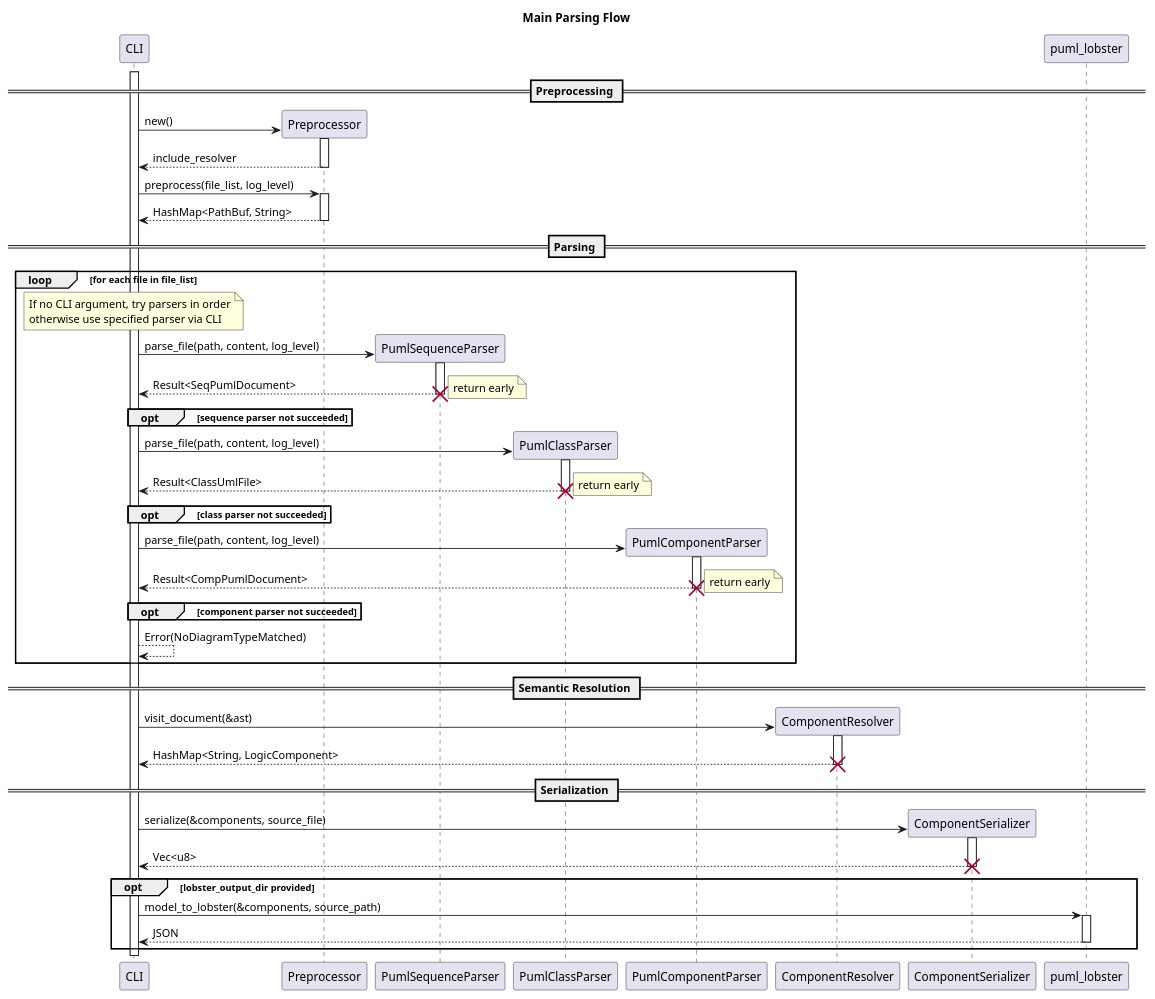
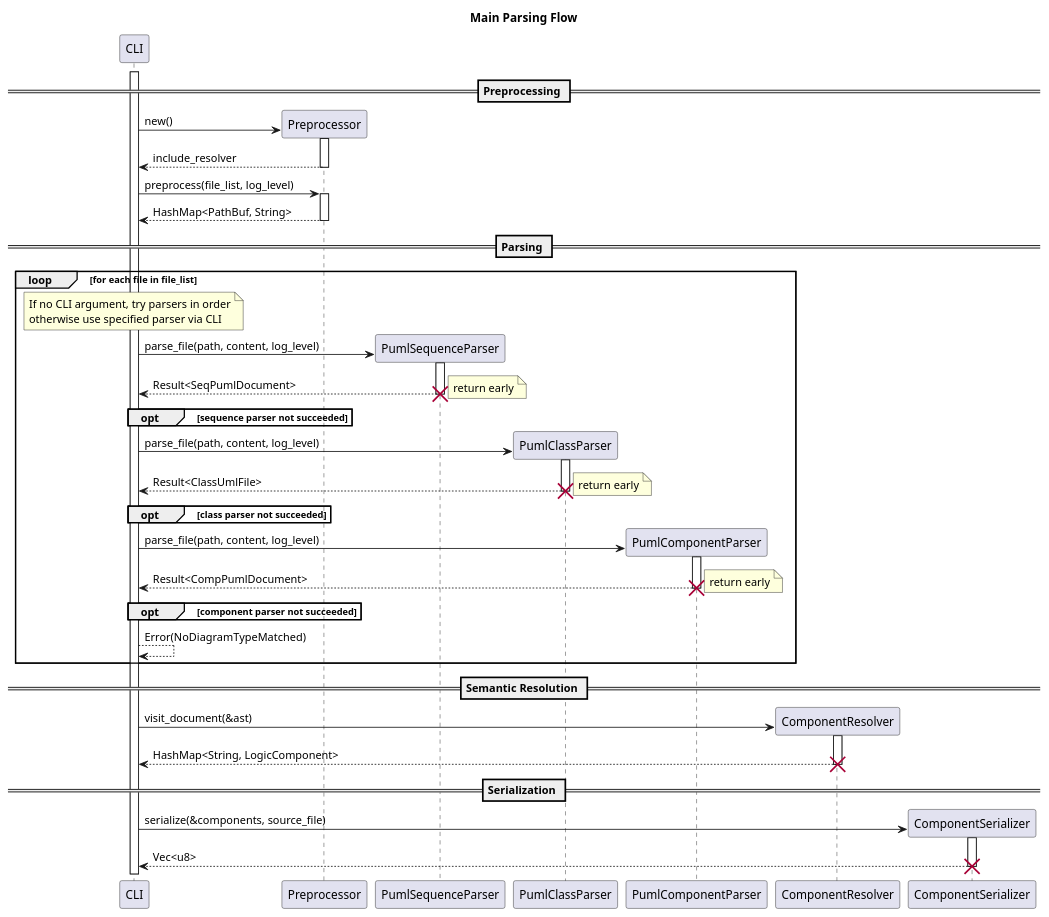
The diagram in plantuml/parser/docs/assets/puml_parser.puml (eclipse-score/tooling), drawn with PlantUML before and after one commit. The commit also changed 69 other files, not shown here.

```diff
--- a/plantuml/parser/docs/assets/puml_parser.puml
+++ b/plantuml/parser/docs/assets/puml_parser.puml
@@ -14,84 +14,76 @@
 @startuml
 title Main Parsing Flow
 
 participant "CLI" as Cli
 participant "Preprocessor" as include
 participant "PumlSequenceParser" as seq
 participant "PumlClassParser" as class
 participant "PumlComponentParser" as component
 participant "ComponentResolver" as resolver
 participant "ComponentSerializer" as serializer
-participant "puml_lobster" as lobster
 
 activate Cli
 
 == Preprocessing ==
 
 Cli -> include **: new()
 activate include
 return include_resolver
 
 Cli -> include ++: preprocess(file_list, log_level)
 return HashMap<PathBuf, String>
 
 == Parsing ==
 
 loop for each file in file_list
     note over Cli: If no CLI argument, try parsers in order\notherwise use specified parser via CLI
 
     Cli -> seq **: parse_file(path, content, log_level)
     activate seq
     seq --> Cli: Result<SeqPumlDocument>
     deactivate seq
     destroy seq
 
     opt sequence parser not succeeded
         note right: return early
     end
 
     Cli -> class **: parse_file(path, content, log_level)
     activate class
     class --> Cli: Result<ClassUmlFile>
     deactivate class
     destroy class
 
     opt class parser not succeeded
         note right: return early
     end
 
     Cli -> component **: parse_file(path, content, log_level)
     activate component
     component --> Cli: Result<CompPumlDocument>
     deactivate component
     destroy component
 
     opt component parser not succeeded
         note right: return early
     end
 
     Cli --> Cli: Error(NoDiagramTypeMatched)
 end
 
 == Semantic Resolution ==
 
 Cli -> resolver **: visit_document(&ast)
 activate resolver
 return HashMap<String, LogicComponent>
 destroy resolver
 
 == Serialization ==
 
 Cli -> serializer **: serialize(&components, source_file)
 activate serializer
 serializer --> Cli: Vec<u8>
 deactivate serializer
 destroy serializer
 
-opt lobster_output_dir provided
-    Cli -> lobster: model_to_lobster(&components, source_path)
-    activate lobster
-    lobster --> Cli: JSON
-    deactivate lobster
-end
-
 @enduml
```
